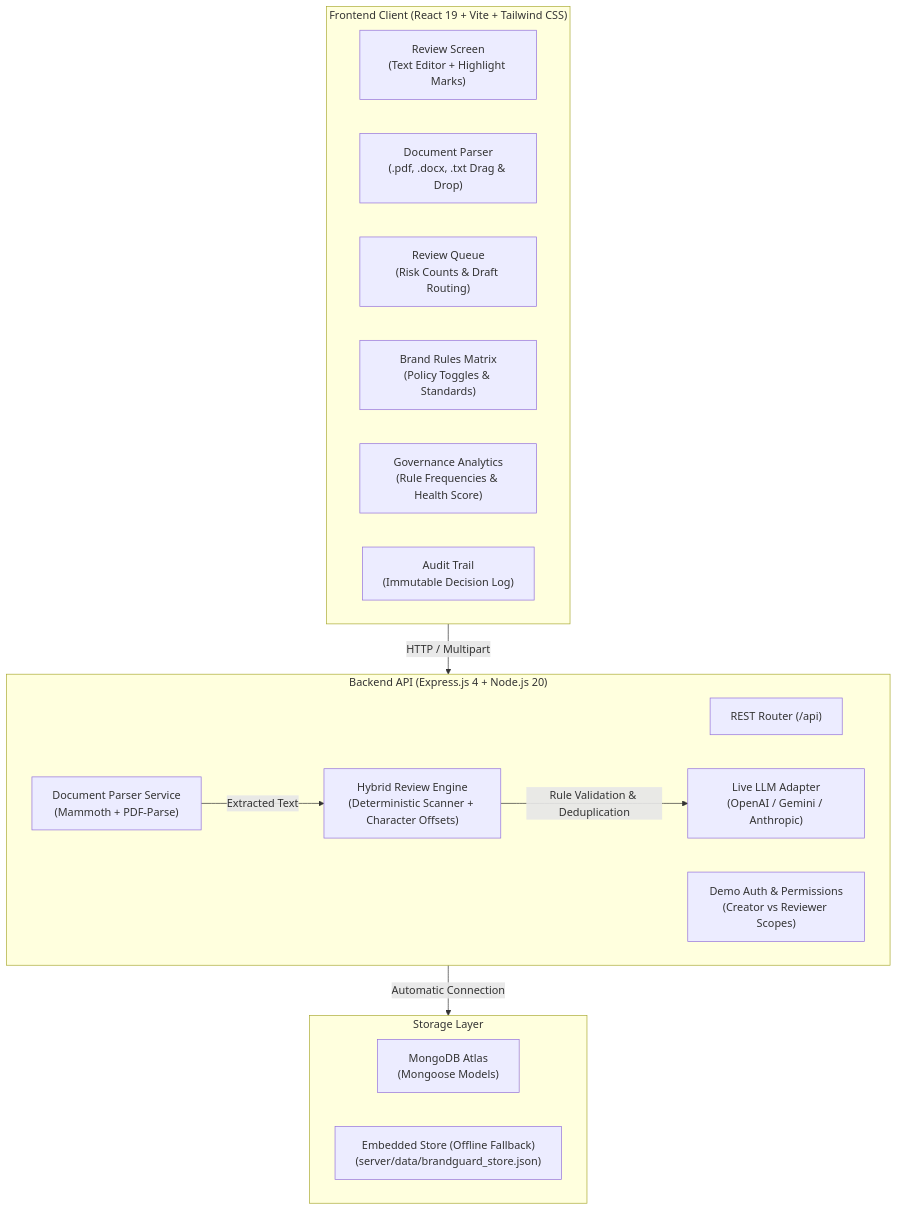
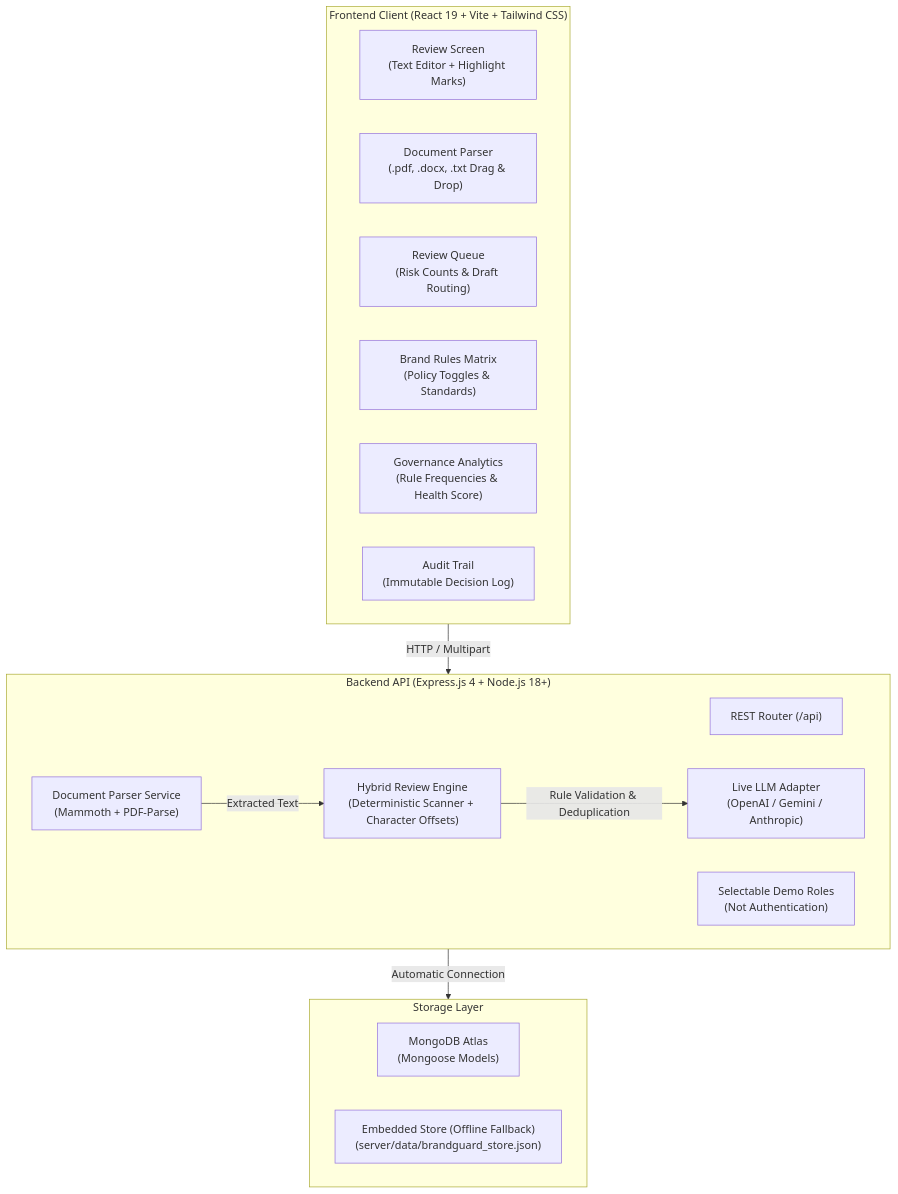
Before and after one commit to satorufreaking/Brandguard: the diagram in README.md, drawn with Mermaid. The commit also changed other lines of this file and 34 other files, not shown here.

````diff
--- a/README.md
+++ b/README.md
@@ -9,29 +9,29 @@
 ```mermaid
 flowchart TD
     subgraph Client["Frontend Client (React 19 + Vite + Tailwind CSS)"]
         UI_Review["Review Screen\n(Text Editor + Highlight Marks)"]
         UI_Upload["Document Parser\n(.pdf, .docx, .txt Drag & Drop)"]
         UI_Queue["Review Queue\n(Risk Counts & Draft Routing)"]
         UI_Rules["Brand Rules Matrix\n(Policy Toggles & Standards)"]
         UI_Analytics["Governance Analytics\n(Rule Frequencies & Health Score)"]
         UI_Audit["Audit Trail\n(Immutable Decision Log)"]
     end
 
-    subgraph Server["Backend API (Express.js 4 + Node.js 20)"]
+    subgraph Server["Backend API (Express.js 4 + Node.js 18+)"]
         API_Routes["REST Router (/api)"]
         Doc_Parser["Document Parser Service\n(Mammoth + PDF-Parse)"]
         Review_Engine["Hybrid Review Engine\n(Deterministic Scanner + Character Offsets)"]
         LLM_Adapter["Live LLM Adapter\n(OpenAI / Gemini / Anthropic)"]
-        Auth_Service["Demo Auth & Permissions\n(Creator vs Reviewer Scopes)"]
+        Auth_Service["Selectable Demo Roles\n(Not Authentication)"]
     end
 
     subgraph DataLayer["Storage Layer"]
         DB_Atlas["MongoDB Atlas\n(Mongoose Models)"]
         DB_Embedded["Embedded Store (Offline Fallback)\n(server/data/brandguard_store.json)"]
     end
 
     Client -->|HTTP / Multipart| Server
     Server -->|Automatic Connection| DataLayer
     Review_Engine -->|Rule Validation & Deduplication| LLM_Adapter
     Doc_Parser -->|Extracted Text| Review_Engine
 ```
````
